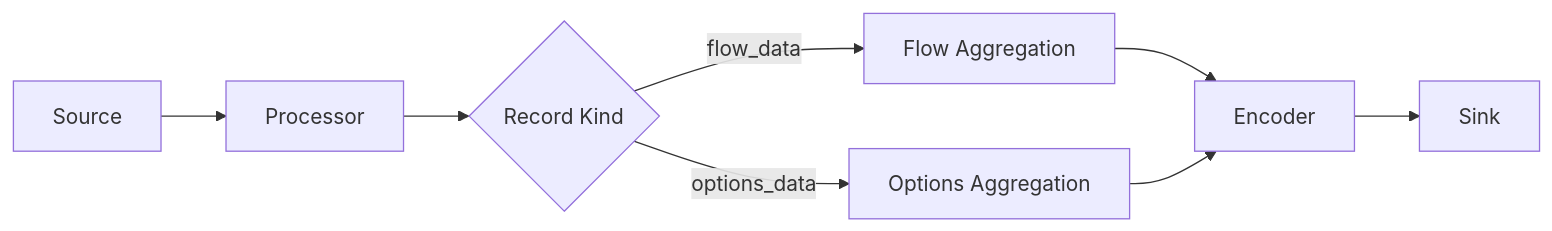
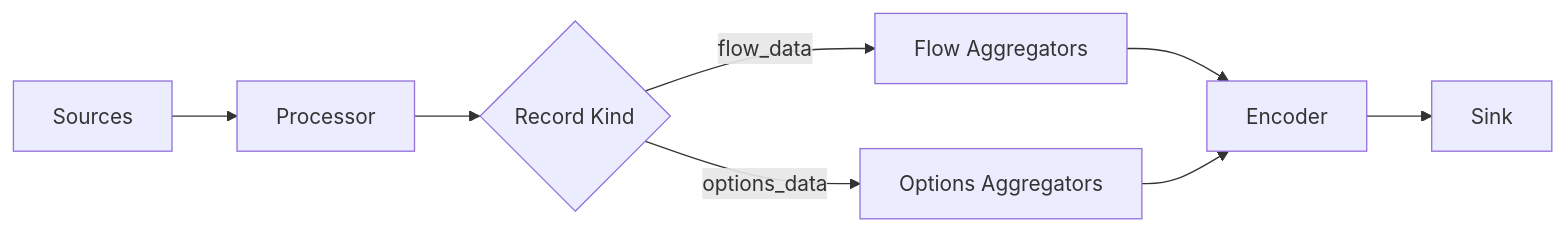
One commit to netsampler/goflow2 changed the third of 3 diagrams in docs/reflow-system.md. Above: the diagram before and after it, drawn with Mermaid. The commit also changed 3 other files, not shown here.

````diff
--- a/docs/reflow-system.md
+++ b/docs/reflow-system.md
@@ -251,10 +251,10 @@
 ```mermaid
 flowchart LR
-    S[Source] --> P[Processor]
+    S[Sources] --> P[Processor]
     P --> R{Record Kind}
-    R -- flow_data --> F[Flow Aggregation]
-    R -- options_data --> O[Options Aggregation]
+    R -- flow_data --> F[Flow Aggregators]
+    R -- options_data --> O[Options Aggregators]
     F --> E[Encoder]
     O --> E
     E --> K[Sink]
 ```
````
